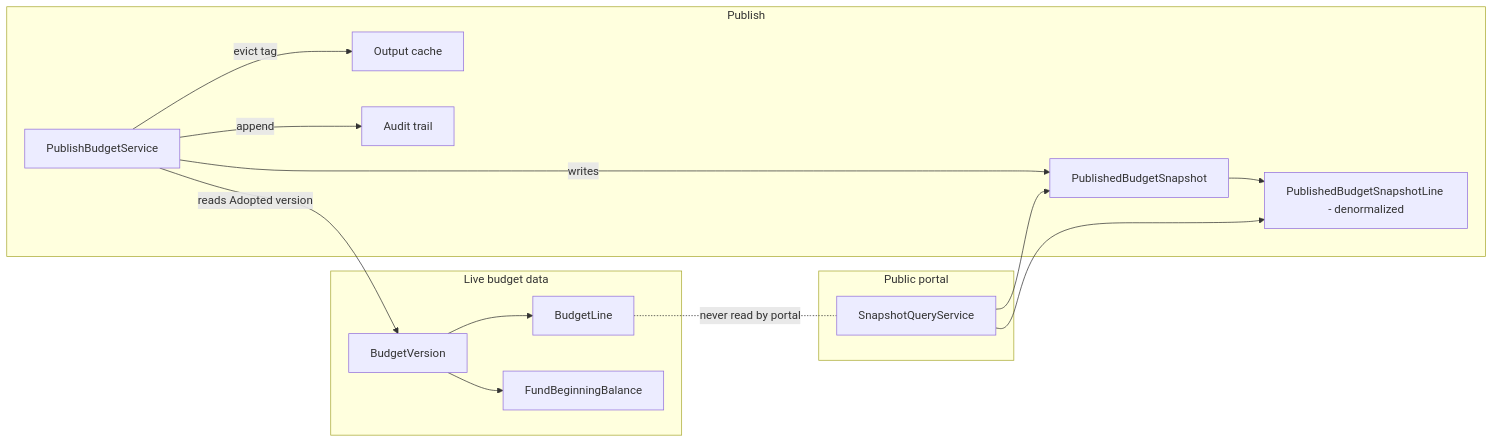
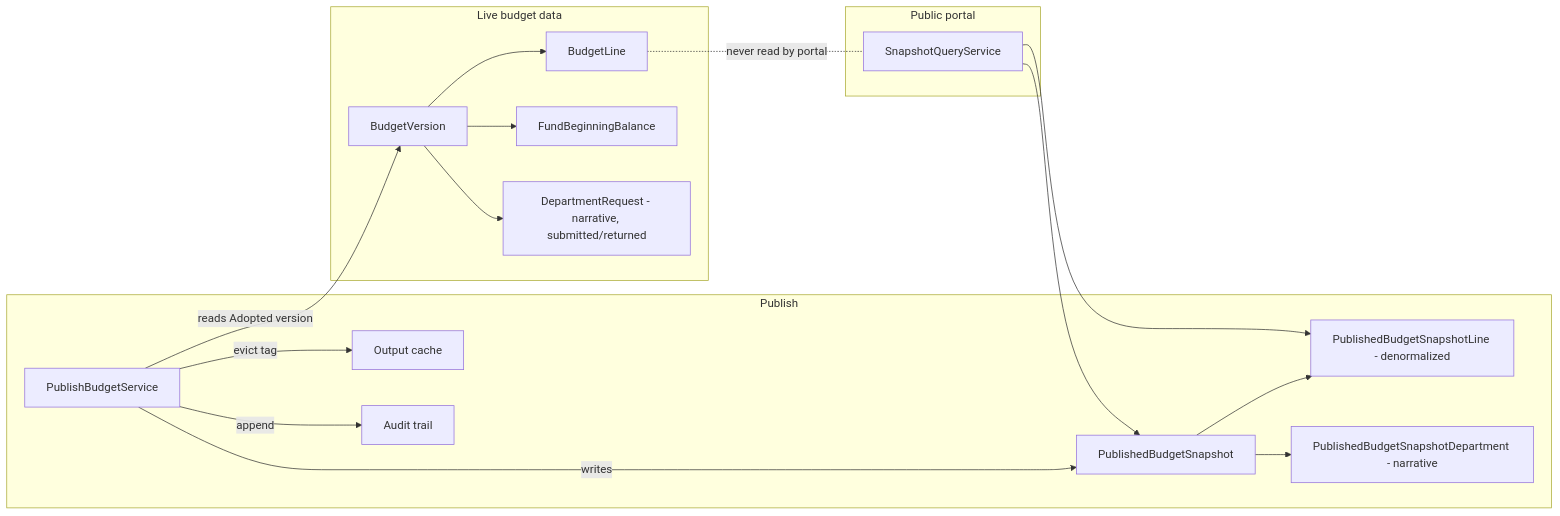
One commit to SpencerSmithSite/civic-budget changed the fifth of 6 diagrams in docs/ARCHITECTURE.md. Above: the diagram before and after it, drawn with Mermaid. The commit also changed other lines of this file and 20 other files, not shown here.

First line of the commit message:
docs: ADR-0027, walkthrough 13, interview prep for v1.1 (9a-9d), roadmap, changelog, spec, demo script, README screenshots

````diff
--- a/docs/ARCHITECTURE.md
+++ b/docs/ARCHITECTURE.md
@@ -208,19 +208,21 @@
 ```mermaid
 graph LR
   subgraph Live budget data
     BV[BudgetVersion] --> BL[BudgetLine]
     BV --> FB[FundBeginningBalance]
+    BV --> DR[DepartmentRequest - narrative, submitted/returned]
   end
   subgraph Publish
     P[PublishBudgetService] -->|reads Adopted version| BV
     P -->|writes| S[PublishedBudgetSnapshot]
     S --> SL[PublishedBudgetSnapshotLine - denormalized]
+    S --> SD[PublishedBudgetSnapshotDepartment - narrative]
     P -->|evict tag| OC[Output cache]
     P -->|append| AU[Audit trail]
   end
   subgraph Public portal
     PQ[SnapshotQueryService] --> S
     PQ --> SL
   end
   BL -. never read by portal .- PQ
 ```
````
